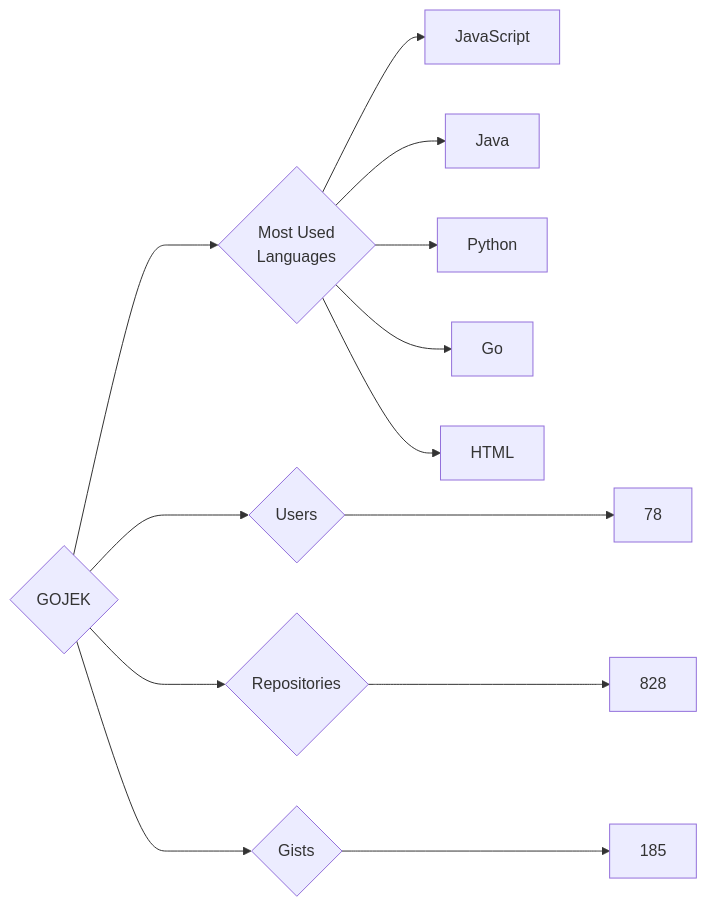
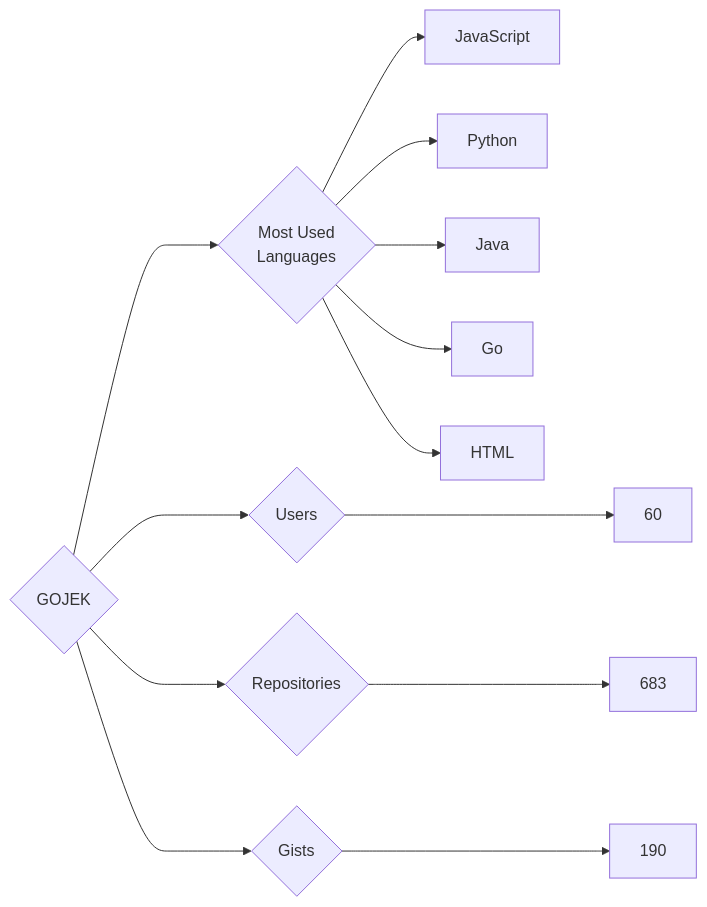
Before and after one commit to trickest/insiders: the diagram in targets/GOJEK/README.md, drawn with Mermaid. The commit also changed 736 other files, not shown here.

````diff
--- a/targets/GOJEK/README.md
+++ b/targets/GOJEK/README.md
@@ -3,13 +3,13 @@
 ```mermaid
 graph LR
 COMPANY_NAME{GOJEK}
-COMPANY_NAME ---> U{Users} ---> UN[78]
-COMPANY_NAME ---> R{Repositories} ---> RN[828]
-COMPANY_NAME ---> G{Gists} ---> GN[185]
+COMPANY_NAME ---> U{Users} ---> UN[60]
+COMPANY_NAME ---> R{Repositories} ---> RN[683]
+COMPANY_NAME ---> G{Gists} ---> GN[190]
 COMPANY_NAME ---> ML{Most Used<br>Languages}
 ML --> JavaScript[JavaScript]
+ML --> Python[Python]
 ML --> Java[Java]
-ML --> Python[Python]
 ML --> Go[Go]
 ML --> HTML[HTML]
 ```
````
